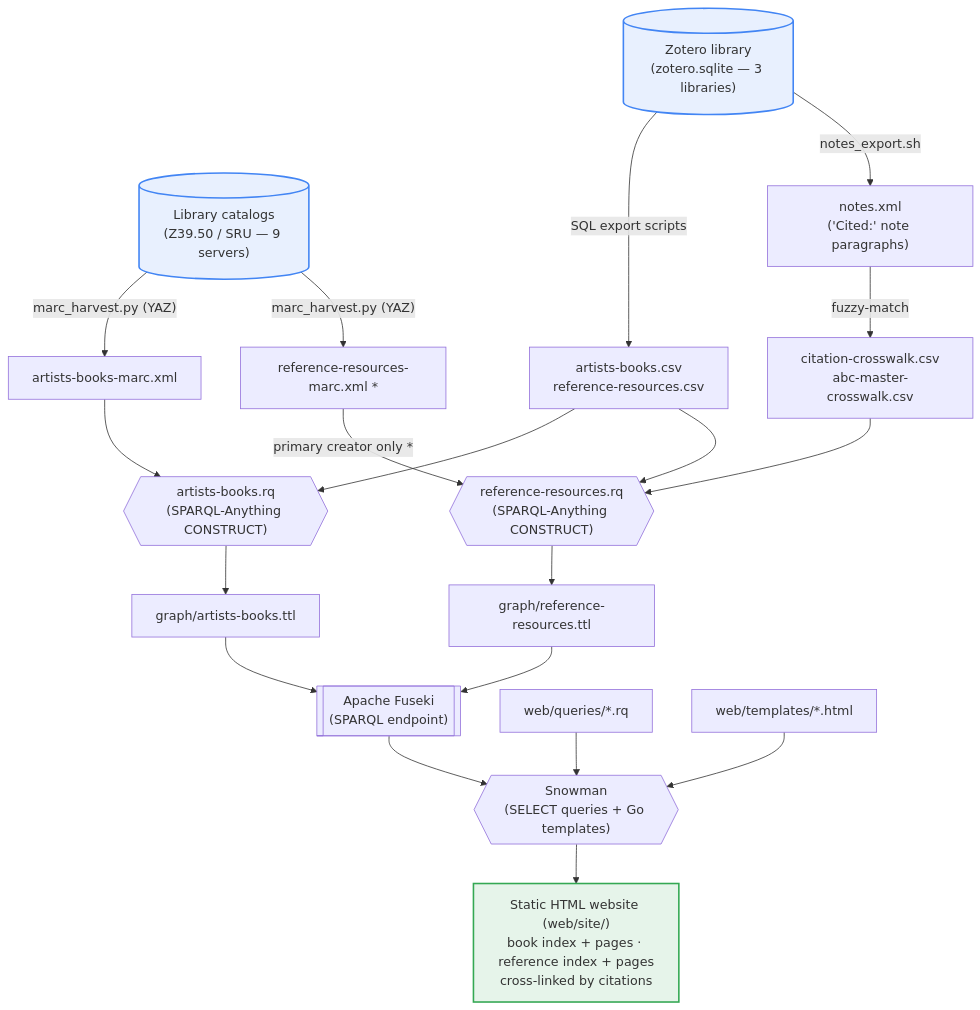
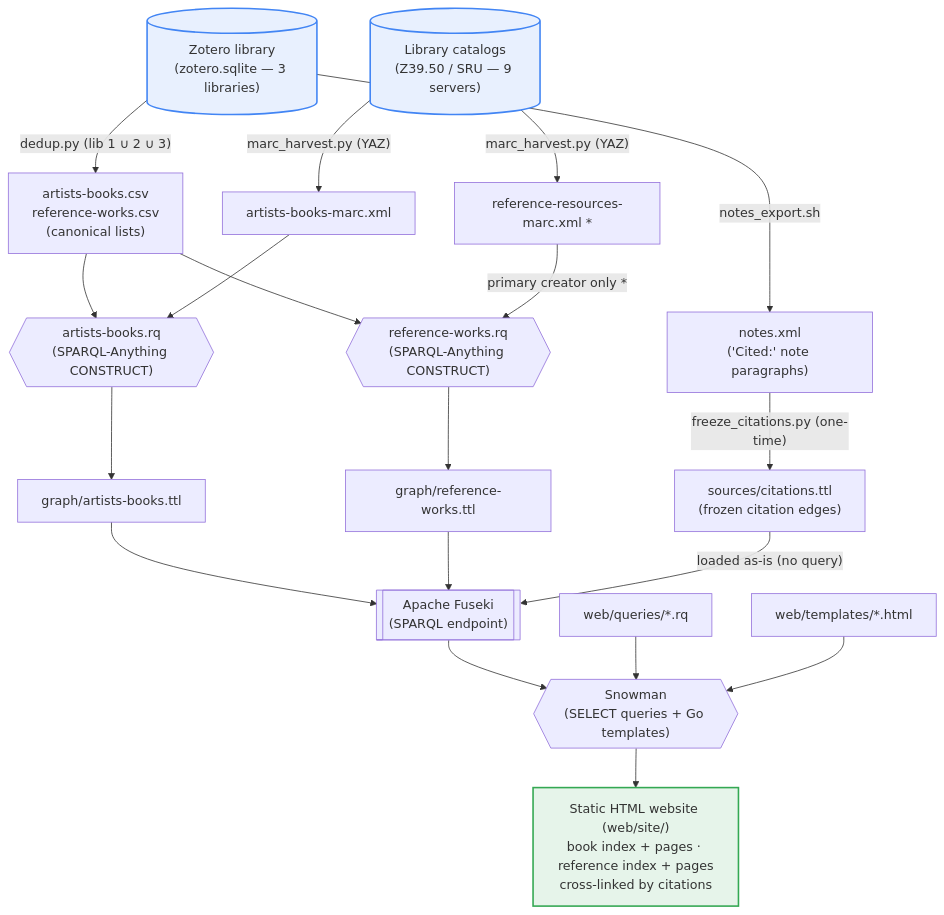
The diagram in docs/PIPELINE.md (dkglab/artists-books), drawn with Mermaid before and after one commit. The commit also changed other lines of this file and 9 other files, not shown here.

First line of the commit message:
feat(graph): split reference-works, wire frozen citations, canonical books (#82)

````diff
--- a/docs/PIPELINE.md
+++ b/docs/PIPELINE.md
@@ -5,41 +5,41 @@
 ```mermaid
 flowchart TD
     %% ---- Inputs ----
     zotero[("Zotero library<br/>(zotero.sqlite — 3 libraries)")]
     catalogs[("Library catalogs<br/>(Z39.50 / SRU — 9 servers)")]
 
-    %% ---- Stage 1: source extraction ----
-    zotero -->|"SQL export scripts"| csvs["artists-books.csv<br/>reference-resources.csv"]
+    %% ---- Stage 1: source extraction + one-time Phase-0 freeze (issue #82) ----
+    zotero -->|"dedup.py (lib 1 ∪ 2 ∪ 3)"| csvs["artists-books.csv<br/>reference-works.csv<br/>(canonical lists)"]
     zotero -->|"notes_export.sh"| notes["notes.xml<br/>('Cited:' note paragraphs)"]
-    notes -->|"fuzzy-match"| crosswalks["citation-crosswalk.csv<br/>abc-master-crosswalk.csv"]
+    notes -->|"freeze_citations.py (one-time)"| citttl["sources/citations.ttl<br/>(frozen citation edges)"]
 
     catalogs -->|"marc_harvest.py (YAZ)"| marc["artists-books-marc.xml"]
     catalogs -->|"marc_harvest.py (YAZ)"| refmarc["reference-resources-marc.xml *"]
 
     %% ---- Stage 2: CONSTRUCT queries (SPARQL-Anything) ----
     csvs --> abrq{{"artists-books.rq<br/>(SPARQL-Anything CONSTRUCT)"}}
     marc --> abrq
-    csvs --> refrq{{"reference-resources.rq<br/>(SPARQL-Anything CONSTRUCT)"}}
-    crosswalks --> refrq
+    csvs --> refrq{{"reference-works.rq<br/>(SPARQL-Anything CONSTRUCT)"}}
     refmarc -->|"primary creator only *"| refrq
 
     abrq --> abttl["graph/artists-books.ttl"]
-    refrq --> refttl["graph/reference-resources.ttl"]
+    refrq --> refttl["graph/reference-works.ttl"]
 
     %% ---- Stage 3: graph store ----
     abttl --> fuseki[["Apache Fuseki<br/>(SPARQL endpoint)"]]
     refttl --> fuseki
+    citttl -->|"loaded as-is (no query)"| fuseki
 
     %% ---- Stage 4: site generation ----
     fuseki --> snowman{{"Snowman<br/>(SELECT queries + Go templates)"}}
     selects["web/queries/*.rq"] --> snowman
     templates["web/templates/*.html"] --> snowman
 
     %% ---- Output ----
     snowman --> site["Static HTML website (web/site/)<br/>book index + pages · reference index + pages<br/>cross-linked by citations"]
 
     classDef input fill:#e8f0fe,stroke:#4285f4,stroke-width:2px;
     classDef output fill:#e6f4ea,stroke:#34a853,stroke-width:2px;
     class zotero,catalogs input;
     class site output;
 ```
````
